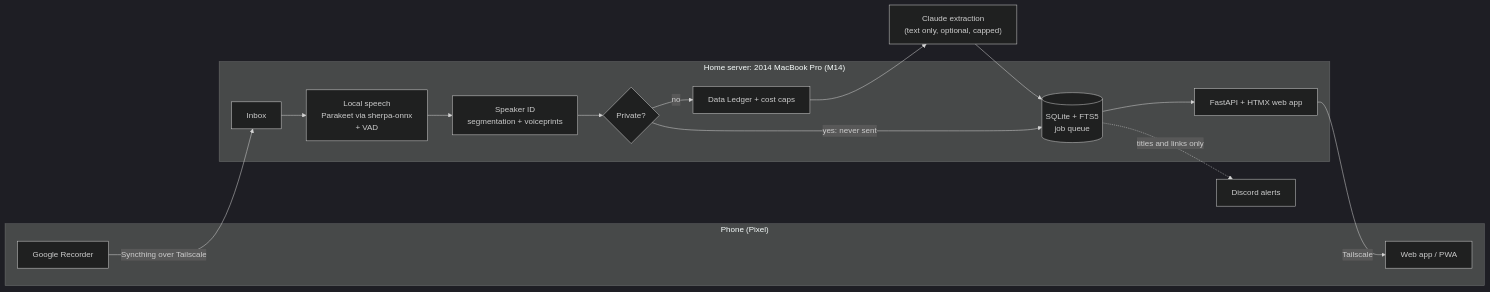
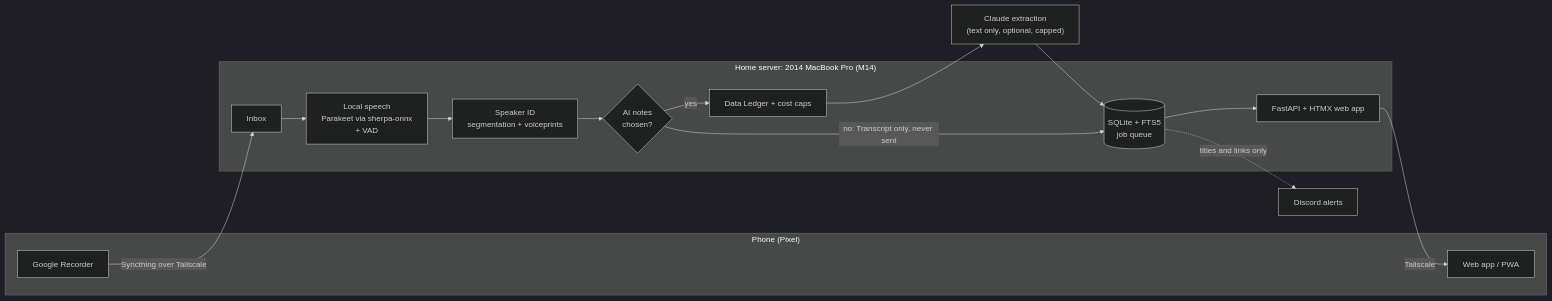
Before and after one commit to branmuffn/scribe-bot-demo: the diagram in README.md, drawn with Mermaid (dark theme). The commit also changed other lines of this file and 97 other files, not shown here.

````diff
--- a/README.md
+++ b/README.md
@@ -39,26 +41,26 @@
 ```mermaid
 flowchart LR
     subgraph Phone["Phone (Pixel)"]
         R[Google Recorder]
         W1[Web app / PWA]
     end
     subgraph Server["Home server: 2014 MacBook Pro (M14)"]
         I[Inbox]
         S["Local speech<br/>Parakeet via sherpa-onnx<br/>+ VAD"]
         D["Speaker ID<br/>segmentation + voiceprints"]
-        X{"Private?"}
+        X{"AI notes<br/>chosen?"}
         DB[("SQLite + FTS5<br/>job queue")]
         WEB[FastAPI + HTMX web app]
         L[Data Ledger + cost caps]
     end
     C["Claude extraction<br/>(text only, optional, capped)"]
     DC[Discord alerts]
 
     R -- "Syncthing over Tailscale" --> I
     I --> S --> D --> X
-    X -- "no" --> L --> C --> DB
-    X -- "yes: never sent" --> DB
+    X -- "yes" --> L --> C --> DB
+    X -- "no: Transcript only, never sent" --> DB
     DB --> WEB
     WEB -- "Tailscale" --> W1
     DB -. "titles and links only" .-> DC
 ```
````
